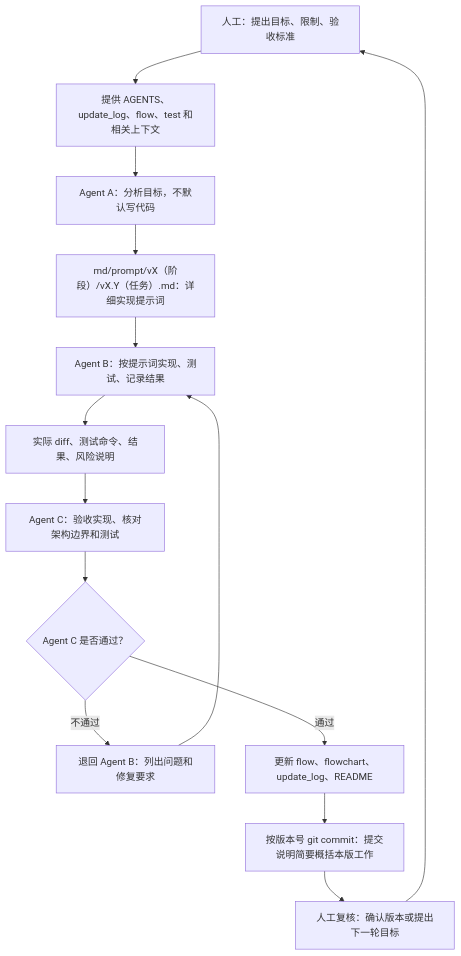
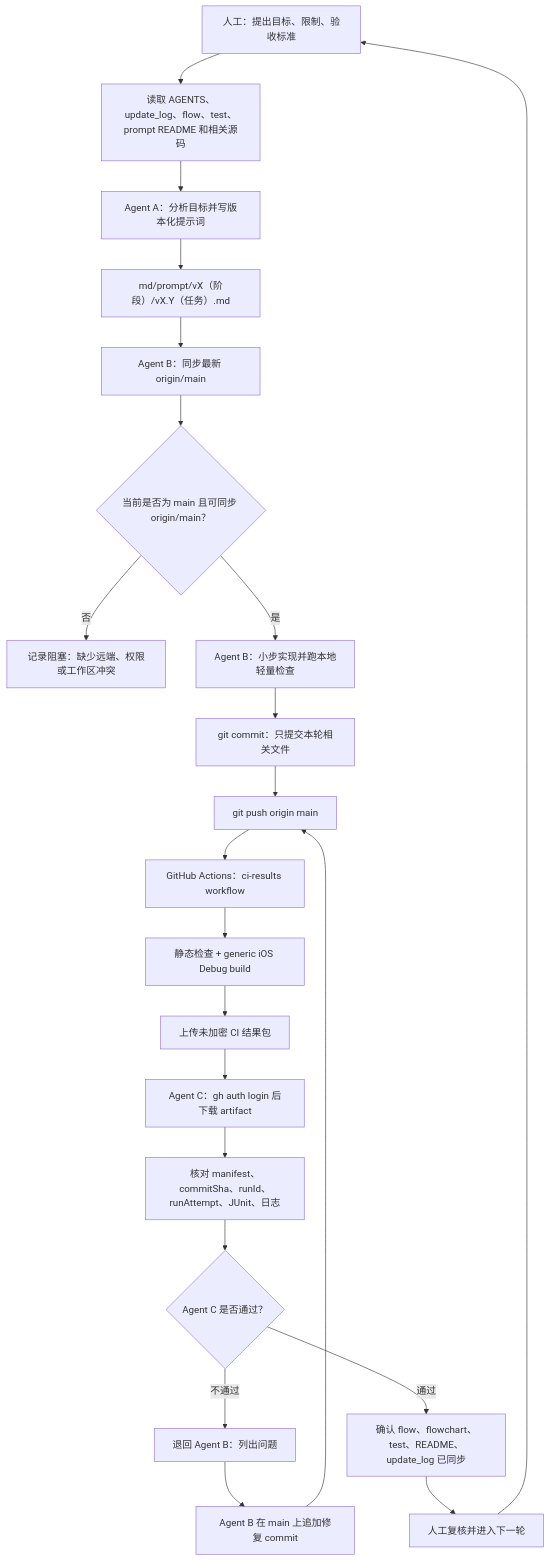
Before and after one commit to Altman-sam114/117: the fourth of 5 diagrams in md/flow/flowchart.md, drawn with Mermaid. The commit also changed other lines of this file and 7 other files, not shown here.

````diff
--- a/md/flow/flowchart.md
+++ b/md/flow/flowchart.md
@@ -88,16 +88,24 @@
 ```mermaid
 flowchart TD
-  Human["人工：提出目标、限制、验收标准"] --> Context["提供 AGENTS、update_log、flow、test 和相关上下文"]
-  Context --> AgentA["Agent A：分析目标，不默认写代码"]
-  AgentA --> Prompt["md/prompt/vX（阶段）/vX.Y（任务）.md：详细实现提示词"]
-  Prompt --> AgentB["Agent B：按提示词实现、测试、记录结果"]
-  AgentB --> Diff["实际 diff、测试命令、结果、风险说明"]
-  Diff --> AgentC["Agent C：验收实现、核对架构边界和测试"]
-  AgentC --> Decision{"Agent C 是否通过？"}
-  Decision -- "不通过" --> ReturnB["退回 Agent B：列出问题和修复要求"]
-  ReturnB --> AgentB
-  Decision -- "通过" --> FlowUpdate["更新 flow、flowchart、update_log、README"]
-  FlowUpdate --> Commit["按版本号 git commit：提交说明简要概括本版工作"]
-  Commit --> HumanReview["人工复核：确认版本或提出下一轮目标"]
+  Human["人工：提出目标、限制、验收标准"] --> Context["读取 AGENTS、update_log、flow、test、prompt README 和相关源码"]
+  Context --> AgentA["Agent A：分析目标并写版本化提示词"]
+  AgentA --> Prompt["md/prompt/vX（阶段）/vX.Y（任务）.md"]
+  Prompt --> AgentBStart["Agent B：同步最新 origin/main"]
+  AgentBStart --> MainOK{"当前是否为 main 且可同步 origin/main？"}
+  MainOK -- "否" --> Blocked["记录阻塞：缺少远端、权限或工作区冲突"]
+  MainOK -- "是" --> AgentBWork["Agent B：小步实现并跑本地轻量检查"]
+  AgentBWork --> Commit["git commit：只提交本轮相关文件"]
+  Commit --> Push["git push origin main"]
+  Push --> Actions["GitHub Actions：ci-results workflow"]
+  Actions --> Checks["静态检查 + generic iOS Debug build"]
+  Checks --> Artifact["上传未加密 CI 结果包"]
+  Artifact --> AgentCDownload["Agent C：gh auth login 后下载 artifact"]
+  AgentCDownload --> Verify["核对 manifest、commitSha、runId、runAttempt、JUnit、日志"]
+  Verify --> Decision{"Agent C 是否通过？"}
+  Decision -- "不通过" --> ReturnB["退回 Agent B：列出问题"]
+  ReturnB --> FixCommit["Agent B 在 main 上追加修复 commit"]
+  FixCommit --> Push
+  Decision -- "通过" --> UpdateDocs["确认 flow、flowchart、test、README、update_log 已同步"]
+  UpdateDocs --> HumanReview["人工复核并进入下一轮"]
   HumanReview --> Human
 ```
````
